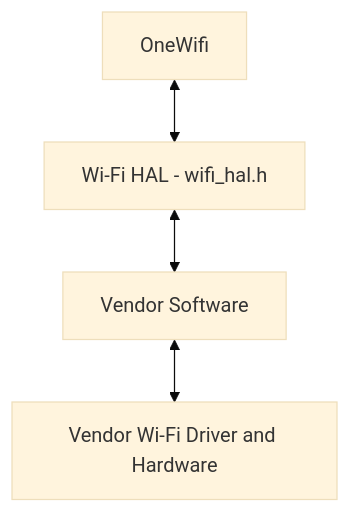
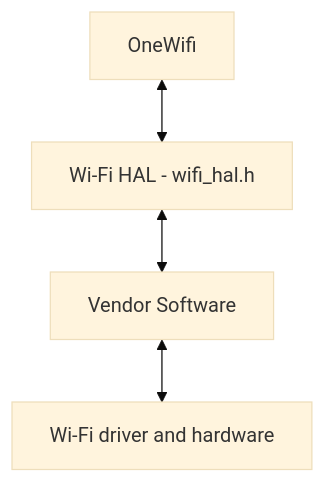
One commit to Blitzy-Sky/rdkb-halif-wifi changed the first of 2 diagrams in docs/pages/halSpec.md. Above: the diagram before and after it, drawn with Mermaid (base theme). The commit also changed other lines of this file, not shown here.

Commit message:
docs: normalise the Wi-Fi HAL flowchart and correct the licensing text
- The Description flowchart uses the common top-down form: OneWifi, then
  Wi-Fi HAL - wifi_hal.h, then Vendor Software, then the Wi-Fi driver
  and hardware.
- Licensing is one paragraph naming the Apache License, Version 2.0, in
  place of a stray fragment of the source-file licence header, and it
  and Source References describe COPYING as a symbolic link to LICENSE.

````diff
--- a/docs/pages/halSpec.md
+++ b/docs/pages/halSpec.md
@@ -55,7 +55,6 @@
 ```mermaid
-flowchart TD;
-    ONEWIFI[OneWifi] <-->
-    WIFIHAL["Wi-Fi HAL - wifi_hal.h"] <-->
-    VENDORSOFTWARE[Vendor Software] <-->
-    VENDORDRIVER[Vendor Wi-Fi Driver and Hardware]
+flowchart TD
+    Caller["OneWifi"] <--> HAL["Wi-Fi HAL - wifi_hal.h"]
+    HAL <--> Vendor["Vendor Software"]
+    Vendor <--> Hardware["Wi-Fi driver and hardware"]
 ```
````
